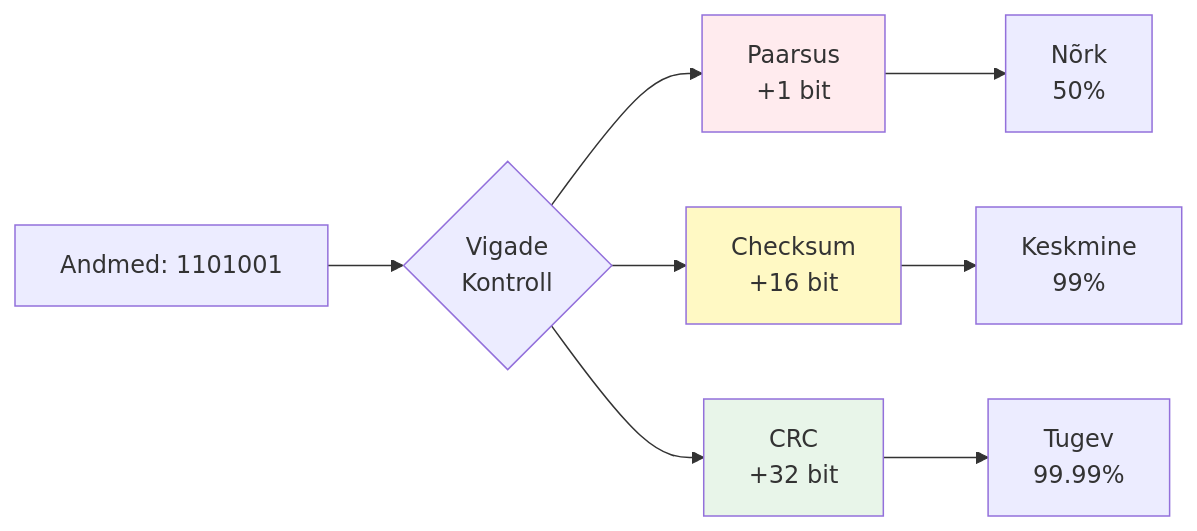
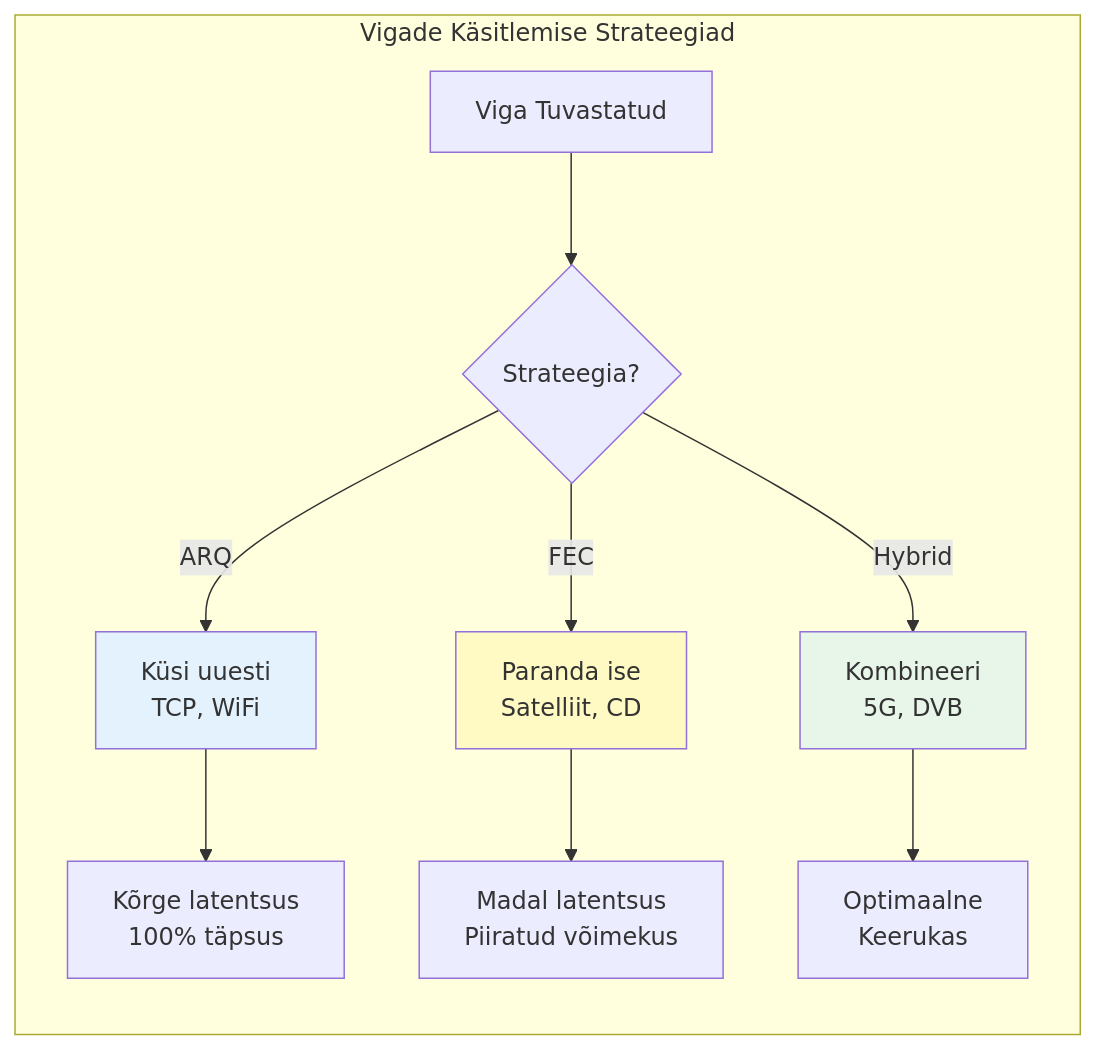
The fourth of 13 diagrams in Lecture/loeng2.md (mtalvik/av_alused), drawn with Mermaid before and after one commit. The commit also changed other lines of this file, not shown here.

````diff
--- a/Lecture/loeng2.md
+++ b/Lecture/loeng2.md
@@ -190,15 +95,17 @@
 ```mermaid
 graph LR
-    A[Andmed: 1101001] --> B{Vigade<br/>Kontroll}
-    B --> C[Paarsus<br/>+1 bit]
-    B --> D[Checksum<br/>+16 bit]
-    B --> E[CRC<br/>+32 bit]
+    subgraph "Vigade Käsitlemise Strateegiad"
+        A[Viga Tuvastatud] --> B{Strateegia?}
+        B -->|ARQ| C[Küsi uuesti<br/>TCP, WiFi]
+        B -->|FEC| D[Paranda ise<br/>Satelliit, CD]
+        B -->|Hybrid| E[Kombineeri<br/>5G, DVB]
+        
+        C --> F[Kõrge latentsus<br/>100% täpsus]
+        D --> G[Madal latentsus<br/>Piiratud võimekus]
+        E --> H[Optimaalne<br/>Keerukas]
+    end
     
-    C --> F[Nõrk<br/>50%]
-    D --> G[Keskmine<br/>99%]
-    E --> H[Tugev<br/>99.99%]
-    
-    style C fill:#ffebee
+    style C fill:#e3f2fd
     style D fill:#fff9c4
     style E fill:#e8f5e9
 ```
````
